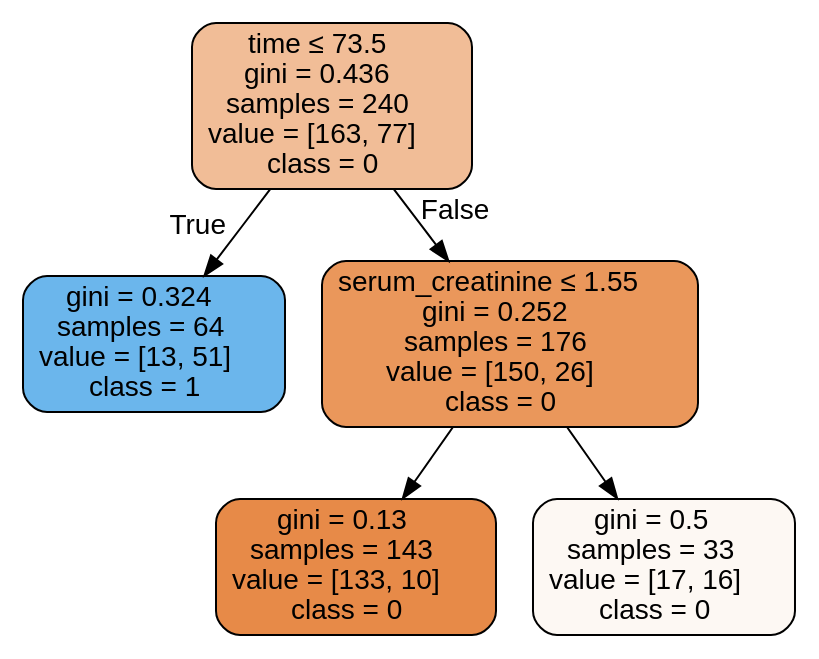
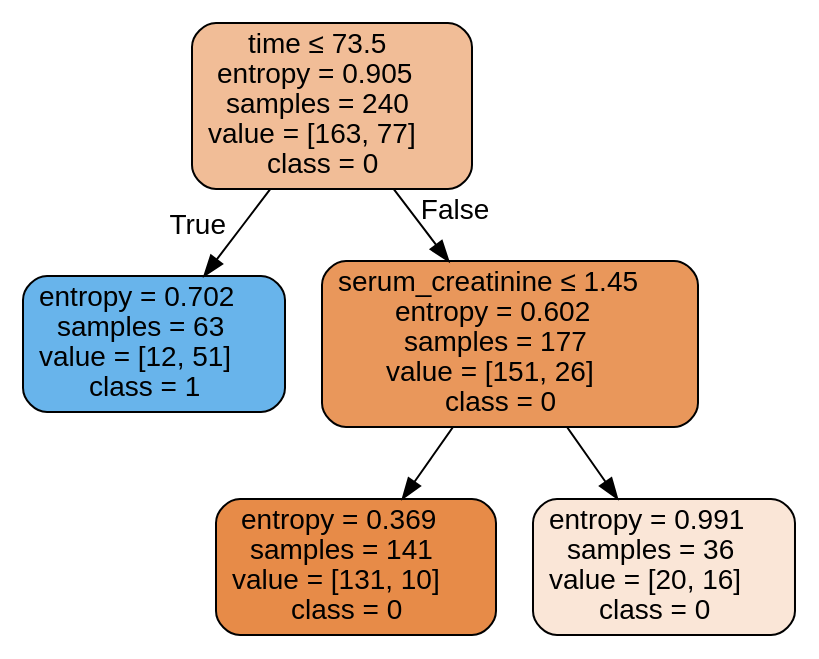
Before and after one commit to isabelSoares/CD-2021: the diagram in Labs/NewClassifiers/Results/DecisionTrees/Original/ - No Outliers/HFCR - Original - dtree.dot, drawn with Graphviz. The commit also changed 173 other files, not shown here.

```diff
--- a/Labs/NewClassifiers/Results/DecisionTrees/Original/ - No Outliers/HFCR - Original - dtree.dot
+++ b/Labs/NewClassifiers/Results/DecisionTrees/Original/ - No Outliers/HFCR - Original - dtree.dot
@@ -1,13 +1,13 @@
 digraph Tree {
 node [shape=box, style="filled, rounded", color="black", fontname=helvetica] ;
 edge [fontname=helvetica] ;
-0 [label=<time &le; 73.5<br/>gini = 0.436<br/>samples = 240<br/>value = [163, 77]<br/>class = 0>, fillcolor="#f1bd97"] ;
-1 [label=<gini = 0.324<br/>samples = 64<br/>value = [13, 51]<br/>class = 1>, fillcolor="#6bb6ec"] ;
+0 [label=<time &le; 73.5<br/>entropy = 0.905<br/>samples = 240<br/>value = [163, 77]<br/>class = 0>, fillcolor="#f1bd97"] ;
+1 [label=<entropy = 0.702<br/>samples = 63<br/>value = [12, 51]<br/>class = 1>, fillcolor="#68b4eb"] ;
 0 -> 1 [labeldistance=2.5, labelangle=45, headlabel="True"] ;
-2 [label=<serum_creatinine &le; 1.55<br/>gini = 0.252<br/>samples = 176<br/>value = [150, 26]<br/>class = 0>, fillcolor="#ea975b"] ;
+2 [label=<serum_creatinine &le; 1.45<br/>entropy = 0.602<br/>samples = 177<br/>value = [151, 26]<br/>class = 0>, fillcolor="#e9975b"] ;
 0 -> 2 [labeldistance=2.5, labelangle=-45, headlabel="False"] ;
-3 [label=<gini = 0.13<br/>samples = 143<br/>value = [133, 10]<br/>class = 0>, fillcolor="#e78a48"] ;
+3 [label=<entropy = 0.369<br/>samples = 141<br/>value = [131, 10]<br/>class = 0>, fillcolor="#e78b48"] ;
 2 -> 3 ;
-4 [label=<gini = 0.5<br/>samples = 33<br/>value = [17, 16]<br/>class = 0>, fillcolor="#fdf8f3"] ;
+4 [label=<entropy = 0.991<br/>samples = 36<br/>value = [20, 16]<br/>class = 0>, fillcolor="#fae6d7"] ;
 2 -> 4 ;
 }
```
